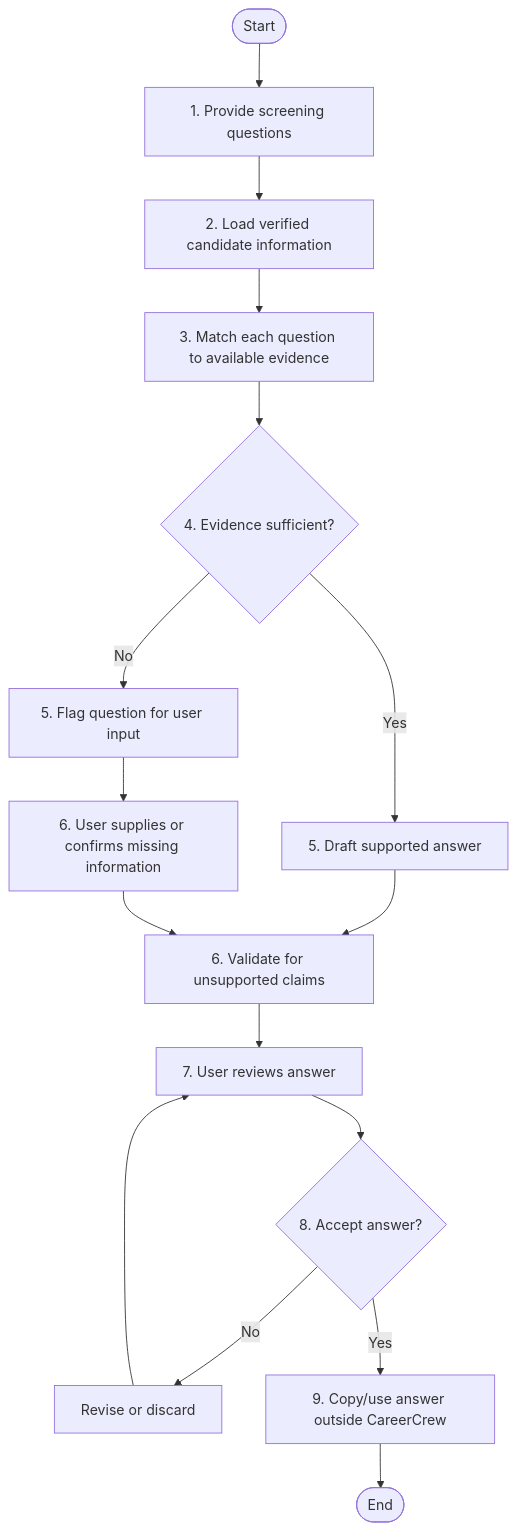
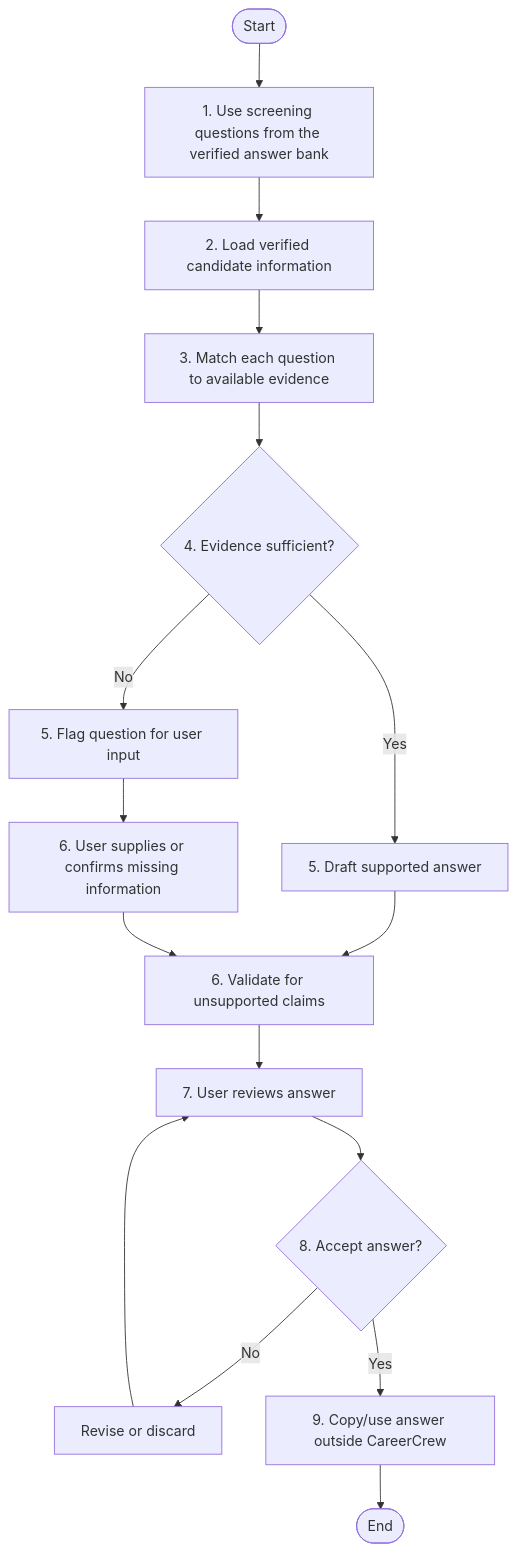
One commit to helenapedro/careercrew changed the third of 7 diagrams in docs/engineering/use-cases-and-user-stories.md. Above: the diagram before and after it, drawn with Mermaid. The commit also changed 5 other files, not shown here.

Commit message:
feat: drop screening-questions input; answer the verified bank set

````diff
--- a/docs/engineering/use-cases-and-user-stories.md
+++ b/docs/engineering/use-cases-and-user-stories.md
@@ -99,18 +99,18 @@
 ```mermaid
 flowchart TD
-    A([Start]) --> B["1. Provide screening questions"]
+    A([Start]) --> B["1. Use screening questions from the verified answer bank"]
     B --> C["2. Load verified candidate information"]
     C --> D["3. Match each question to available evidence"]
     D --> E{"4. Evidence sufficient?"}
     E -- Yes --> F["5. Draft supported answer"]
     E -- No --> G["5. Flag question for user input"]
     F --> H["6. Validate for unsupported claims"]
     G --> I["6. User supplies or confirms missing information"]
     I --> H
     H --> J["7. User reviews answer"]
     J --> K{"8. Accept answer?"}
     K -- No --> L["Revise or discard"]
     K -- Yes --> M["9. Copy/use answer outside CareerCrew"]
     L --> J
     M --> N([End])
 ```
````
